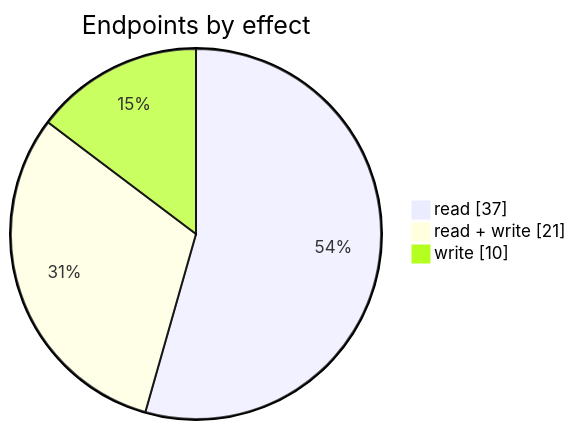
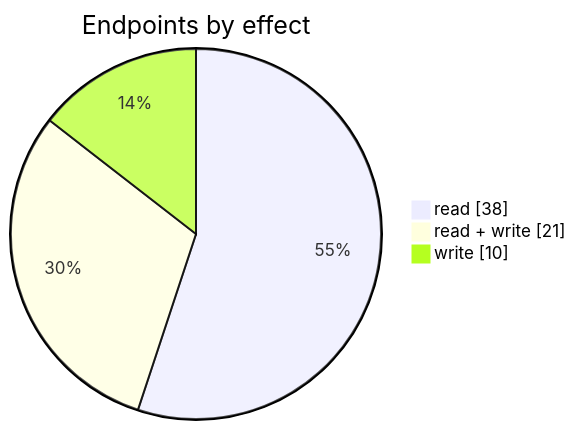
One commit to fightmilk808/cin7-core-rebuild changed the first of 2 diagrams in modules/12-integrations/pos/README.md. Above: the diagram before and after it, drawn with Mermaid. The commit also changed other lines of this file and 17 other files, not shown here.

````diff
--- a/modules/12-integrations/pos/README.md
+++ b/modules/12-integrations/pos/README.md
@@ -11,6 +11,6 @@
 ```mermaid
 pie showData title Endpoints by effect
-    "read" : 37
+    "read" : 38
     "read + write" : 21
     "write" : 10
 ```
````
